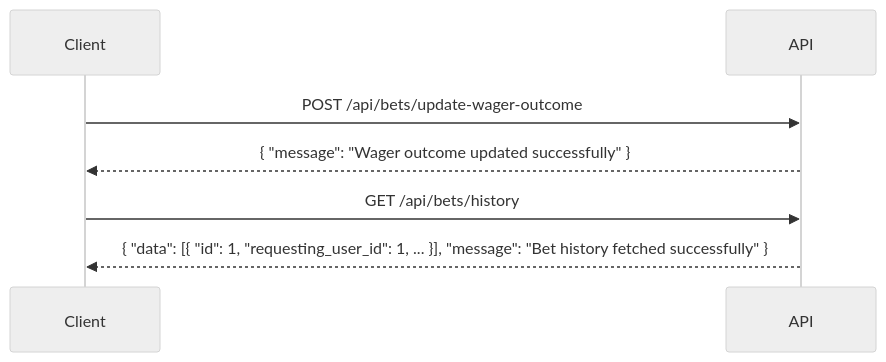
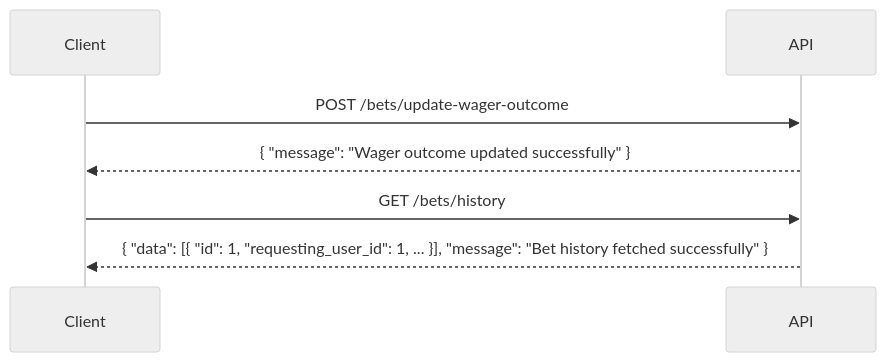
The fourth of 4 diagrams in docs/guides/getting-started.mdx (55-Tech-Limited/accounting-service-docs), drawn with Mermaid (neutral theme) before and after one commit. The commit also changed other lines of this file and 6 other files, not shown here.

````diff
--- a/docs/guides/getting-started.mdx
+++ b/docs/guides/getting-started.mdx
@@ -2253,9 +2253,9 @@
 ```mermaid
 sequenceDiagram
     participant Client
     participant API
-    Client->>API: POST /api/bets/update-wager-outcome
+    Client->>API: POST /bets/update-wager-outcome
     API-->>Client: { "message": "Wager outcome updated successfully" }
-    Client->>API: GET /api/bets/history
+    Client->>API: GET /bets/history
     API-->>Client: { "data": [{ "id": 1, "requesting_user_id": 1, ... }], "message": "Bet history fetched successfully" }
 ```
````
